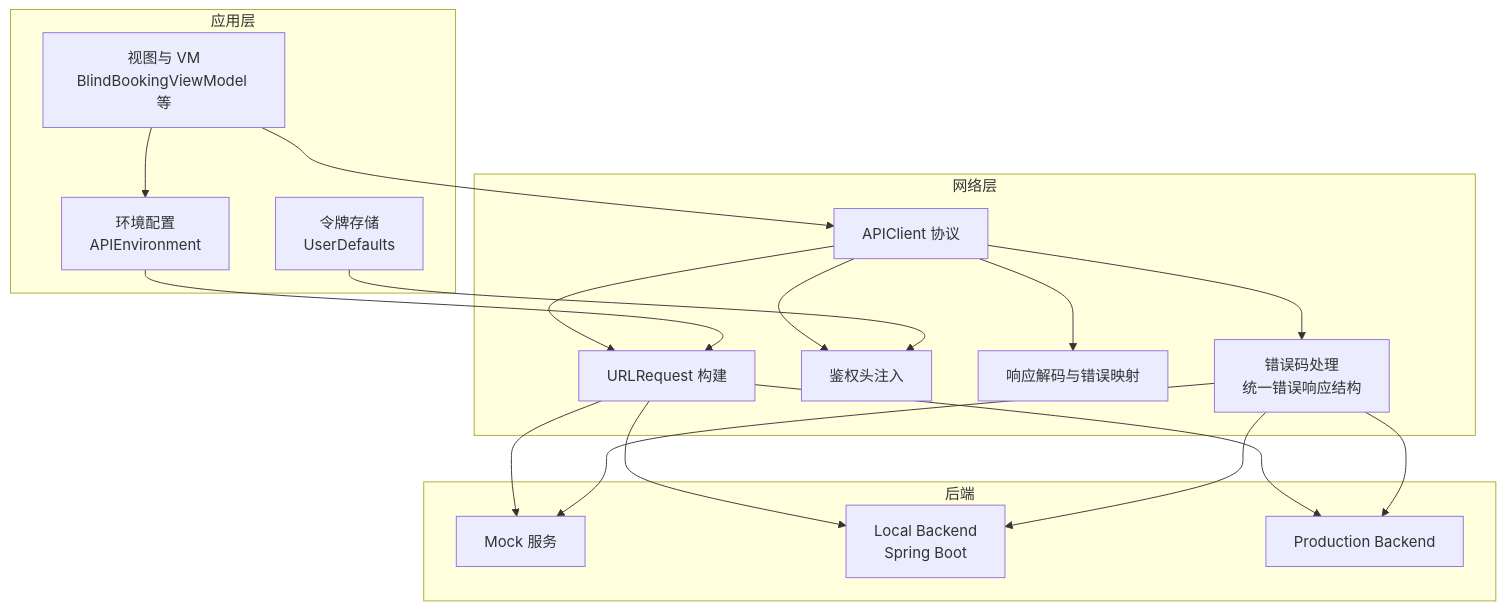
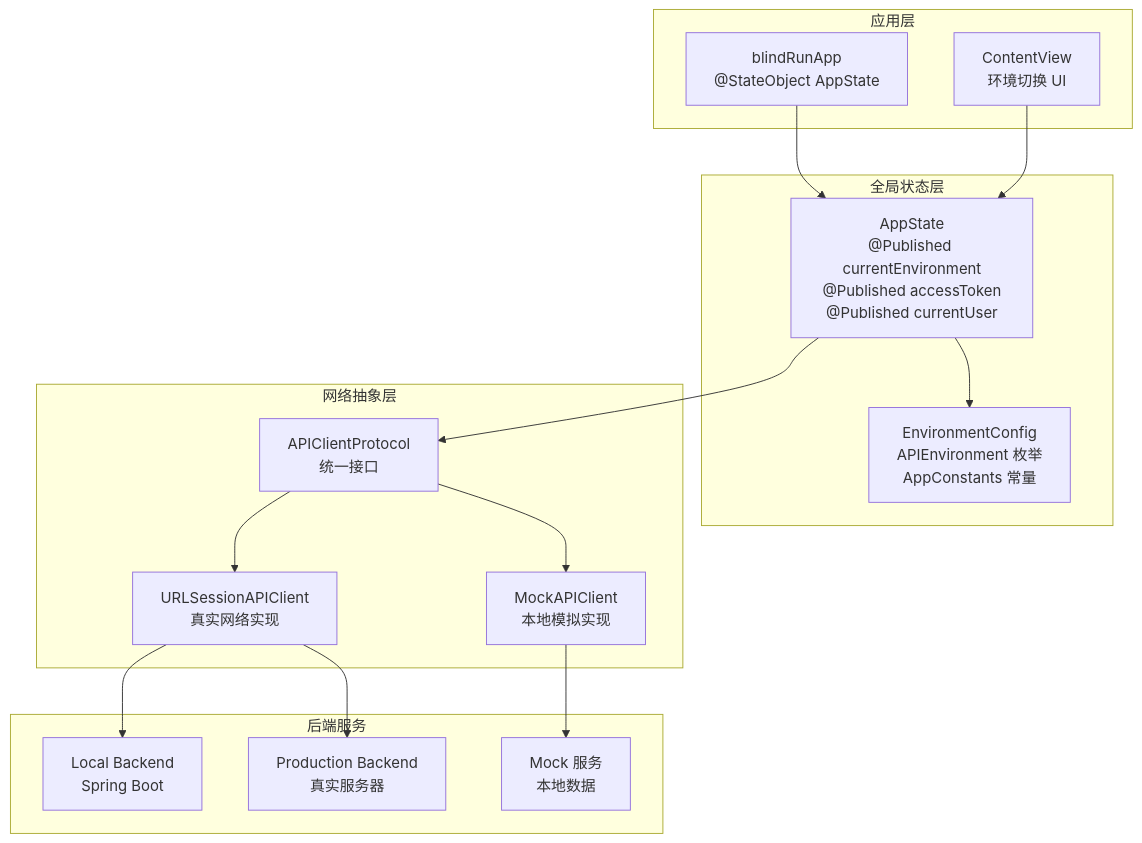
Before and after one commit to Jayden23018/blind-run-ios: the second of 6 diagrams in .qoder/repowiki/zh/content/架构设计/API 环境配置.md, drawn with Mermaid. The commit also changed other lines of this file and 35 other files, not shown here.

Commit message:
Implement backend auth and role-switch flow

````diff
--- a/.qoder/repowiki/zh/content/架构设计/API 环境配置.md
+++ b/.qoder/repowiki/zh/content/架构设计/API 环境配置.md
@@ -110,34 +123,30 @@
 ```mermaid
 graph TB
+subgraph "全局状态层"
+AS["AppState<br/>@Published currentEnvironment<br/>@Published accessToken<br/>@Published currentUser"]
+END["EnvironmentConfig<br/>APIEnvironment 枚举<br/>AppConstants 常量"]
+end
+subgraph "网络抽象层"
+AC["APIClientProtocol<br/>统一接口"]
+MC["MockAPIClient<br/>本地模拟实现"]
+UC["URLSessionAPIClient<br/>真实网络实现"]
+end
 subgraph "应用层"
-UI["视图与 VM<br/>BlindBookingViewModel 等"]
-CFG["环境配置<br/>APIEnvironment"]
-TOK["令牌存储<br/>UserDefaults"]
+BA["blindRunApp<br/>@StateObject AppState"]
+CV["ContentView<br/>环境切换 UI"]
 end
-subgraph "网络层"
-AC["APIClient 协议"]
-UR["URLRequest 构建"]
-HDR["鉴权头注入"]
-DEC["响应解码与错误映射"]
-ERR["错误码处理<br/>统一错误响应结构"]
+subgraph "后端服务"
+LB["Local Backend<br/>Spring Boot"]
+PRD["Production Backend<br/>真实服务器"]
+MOCK["Mock 服务<br/>本地数据"]
 end
-subgraph "后端"
-MOCK["Mock 服务"]
-LB["Local Backend<br/>Spring Boot"]
-PRD["Production Backend"]
-end
-UI --> CFG
-UI --> AC
-AC --> UR
-AC --> HDR
-AC --> DEC
-AC --> ERR
-CFG --> UR
-TOK --> HDR
-UR --> LB
-UR --> PRD
-UR --> MOCK
-ERR --> PRD
-ERR --> LB
-ERR --> MOCK
+AS --> END
+AS --> AC
+AC --> MC
+AC --> UC
+BA --> AS
+CV --> AS
+MC --> MOCK
+UC --> LB
+UC --> PRD
 ```
````
